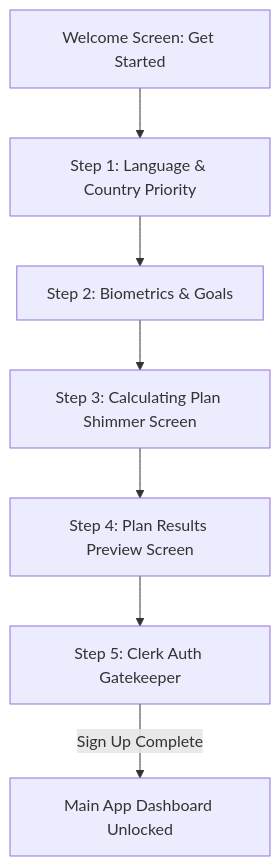
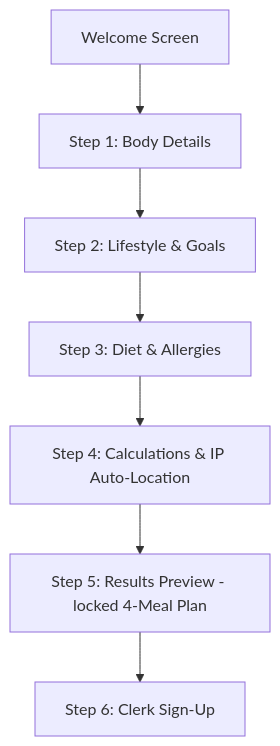
The diagram in docs/features/auth_profile.md (elmasryyt2020-rgb/digest), drawn with Mermaid before and after one commit. The commit also changed other lines of this file and 8 other files, not shown here.

````diff
--- a/docs/features/auth_profile.md
+++ b/docs/features/auth_profile.md
@@ -9,9 +9,9 @@
 ```mermaid
 graph TD
-    A[Welcome Screen: Get Started] --> B[Step 1: Language & Country Priority]
-    B --> C[Step 2: Biometrics & Goals]
-    C --> D[Step 3: Calculating Plan Shimmer Screen]
-    D --> E[Step 4: Plan Results Preview Screen]
-    E --> F[Step 5: Clerk Auth Gatekeeper]
-    F -->|Sign Up Complete| G[Main App Dashboard Unlocked]
+    Welcome[Welcome Screen] --> Step1[Step 1: Body Details]
+    Step1 --> Step2[Step 2: Lifestyle & Goals]
+    Step2 --> Step3[Step 3: Diet & Allergies]
+    Step3 --> Step4[Step 4: Calculations & IP Auto-Location]
+    Step4 --> Results[Step 5: Results Preview - locked 4-Meal Plan]
+    Results --> Clerk[Step 6: Clerk Sign-Up]
 ```
````
